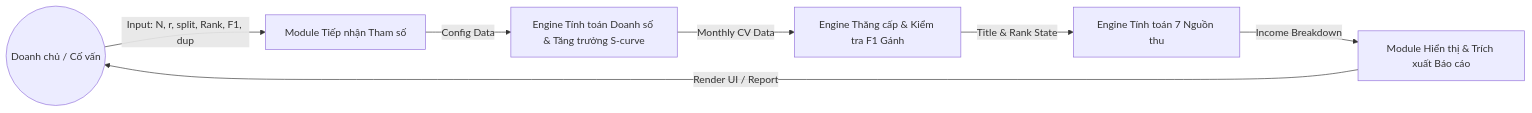
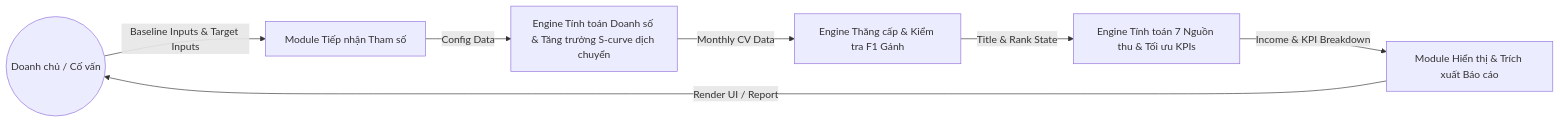
Before and after one commit to wane-bs/vinalink_recruitment_archetype_visualizer: the second of 2 diagrams in docs/03-vinalink-simulator-fsd.md, drawn with Mermaid. The commit also changed other lines of this file and 3 other files, not shown here.

Commit message:
Upgrade simulator with Baseline inputs and Path Planning KPIs (F1 & Optimal Hours)

````diff
--- a/docs/03-vinalink-simulator-fsd.md
+++ b/docs/03-vinalink-simulator-fsd.md
@@ -45,9 +45,9 @@
 ```mermaid
 graph LR
-    User((Doanh chủ / Cố vấn)) -->|Input: N, r, split, Rank, F1, dup| P1[Module Tiếp nhận Tham số]
-    P1 -->|Config Data| P2[Engine Tính toán Doanh số & Tăng trưởng S-curve]
+    User((Doanh chủ / Cố vấn)) -->|Baseline Inputs & Target Inputs| P1[Module Tiếp nhận Tham số]
+    P1 -->|Config Data| P2[Engine Tính toán Doanh số & Tăng trưởng S-curve dịch chuyển]
     P2 -->|Monthly CV Data| P3[Engine Thăng cấp & Kiểm tra F1 Gánh]
-    P3 -->|Title & Rank State| P4[Engine Tính toán 7 Nguồn thu]
-    P4 -->|Income Breakdown| P5[Module Hiển thị & Trích xuất Báo cáo]
+    P3 -->|Title & Rank State| P4[Engine Tính toán 7 Nguồn thu & Tối ưu KPIs]
+    P4 -->|Income & KPI Breakdown| P5[Module Hiển thị & Trích xuất Báo cáo]
     P5 -->|Render UI / Report| User
 ```
````
